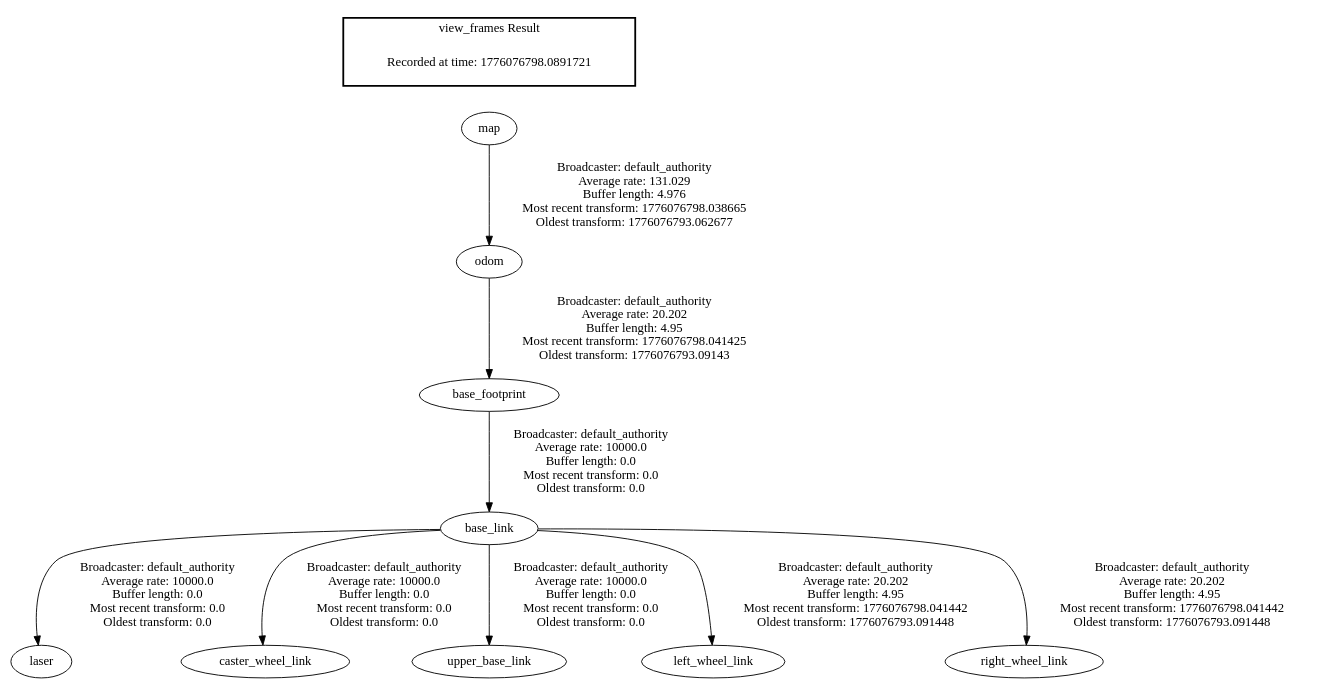
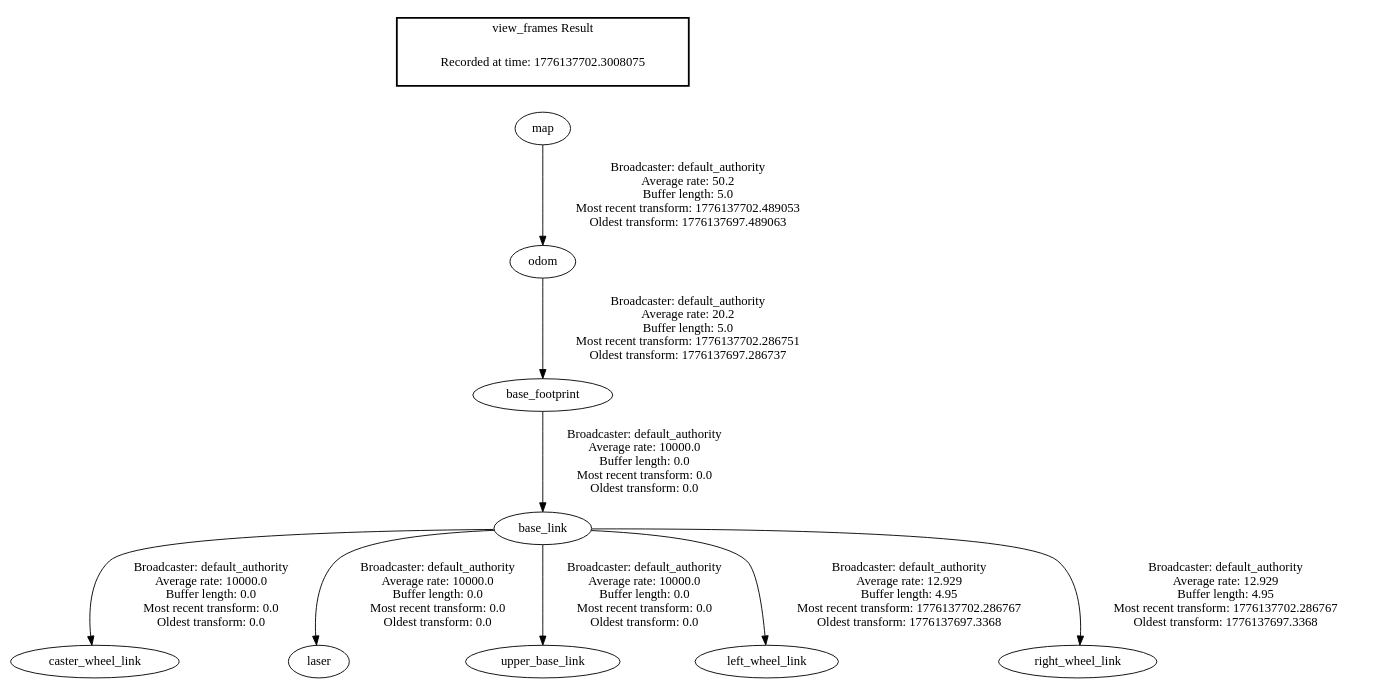
The diagram in frames.gv (hcmutduygit/carrierbot_ws), drawn with Graphviz before and after one commit. The commit also changed 11 other files, not shown here.

```diff
--- a/frames.gv
+++ b/frames.gv
@@ -1,14 +1,14 @@
 digraph G {
-"map" -> "odom"[label=" Broadcaster: default_authority\nAverage rate: 131.029\nBuffer length: 4.976\nMost recent transform: 1776076798.038665\nOldest transform: 1776076793.062677\n"];
-"base_link" -> "laser"[label=" Broadcaster: default_authority\nAverage rate: 10000.0\nBuffer length: 0.0\nMost recent transform: 0.0\nOldest transform: 0.0\n"];
+"odom" -> "base_footprint"[label=" Broadcaster: default_authority\nAverage rate: 20.2\nBuffer length: 5.0\nMost recent transform: 1776137702.286751\nOldest transform: 1776137697.286737\n"];
+"map" -> "odom"[label=" Broadcaster: default_authority\nAverage rate: 50.2\nBuffer length: 5.0\nMost recent transform: 1776137702.489053\nOldest transform: 1776137697.489063\n"];
 "base_link" -> "caster_wheel_link"[label=" Broadcaster: default_authority\nAverage rate: 10000.0\nBuffer length: 0.0\nMost recent transform: 0.0\nOldest transform: 0.0\n"];
 "base_footprint" -> "base_link"[label=" Broadcaster: default_authority\nAverage rate: 10000.0\nBuffer length: 0.0\nMost recent transform: 0.0\nOldest transform: 0.0\n"];
-"odom" -> "base_footprint"[label=" Broadcaster: default_authority\nAverage rate: 20.202\nBuffer length: 4.95\nMost recent transform: 1776076798.041425\nOldest transform: 1776076793.09143\n"];
+"base_link" -> "laser"[label=" Broadcaster: default_authority\nAverage rate: 10000.0\nBuffer length: 0.0\nMost recent transform: 0.0\nOldest transform: 0.0\n"];
 "base_link" -> "upper_base_link"[label=" Broadcaster: default_authority\nAverage rate: 10000.0\nBuffer length: 0.0\nMost recent transform: 0.0\nOldest transform: 0.0\n"];
-"base_link" -> "left_wheel_link"[label=" Broadcaster: default_authority\nAverage rate: 20.202\nBuffer length: 4.95\nMost recent transform: 1776076798.041442\nOldest transform: 1776076793.091448\n"];
-"base_link" -> "right_wheel_link"[label=" Broadcaster: default_authority\nAverage rate: 20.202\nBuffer length: 4.95\nMost recent transform: 1776076798.041442\nOldest transform: 1776076793.091448\n"];
+"base_link" -> "left_wheel_link"[label=" Broadcaster: default_authority\nAverage rate: 12.929\nBuffer length: 4.95\nMost recent transform: 1776137702.286767\nOldest transform: 1776137697.3368\n"];
+"base_link" -> "right_wheel_link"[label=" Broadcaster: default_authority\nAverage rate: 12.929\nBuffer length: 4.95\nMost recent transform: 1776137702.286767\nOldest transform: 1776137697.3368\n"];
 edge [style=invis];
  subgraph cluster_legend { style=bold; color=black; label ="view_frames Result";
-"Recorded at time: 1776076798.0891721"[ shape=plaintext ] ;
+"Recorded at time: 1776137702.3008075"[ shape=plaintext ] ;
 }->"map";
 }
```
